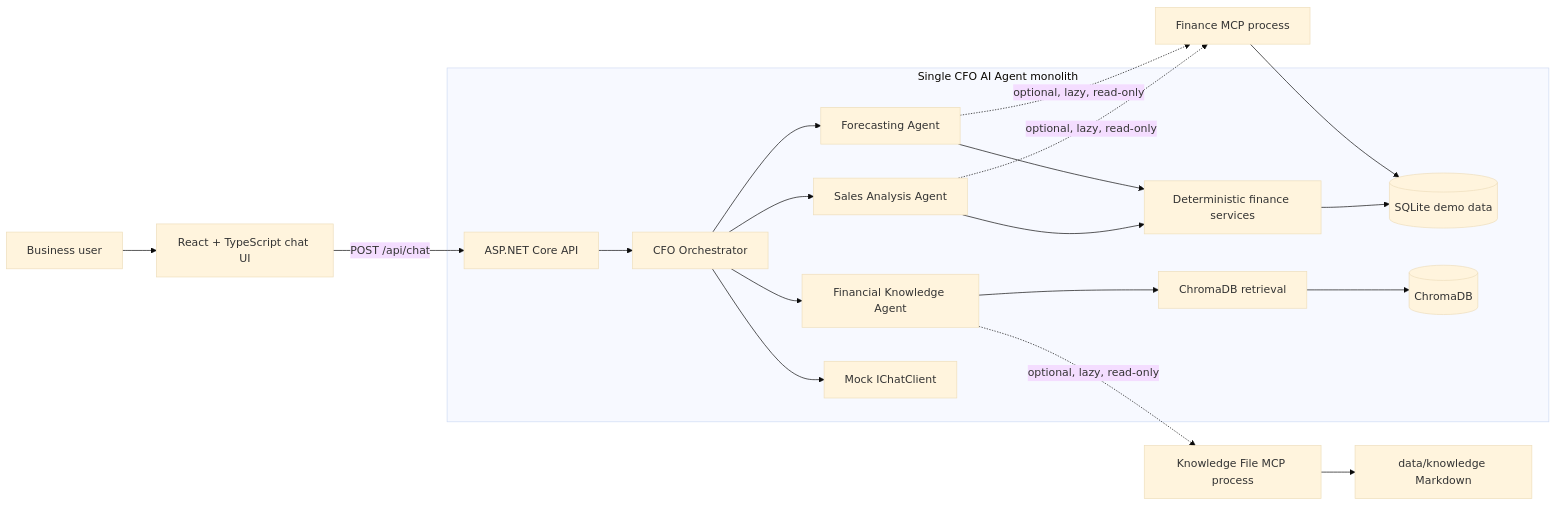
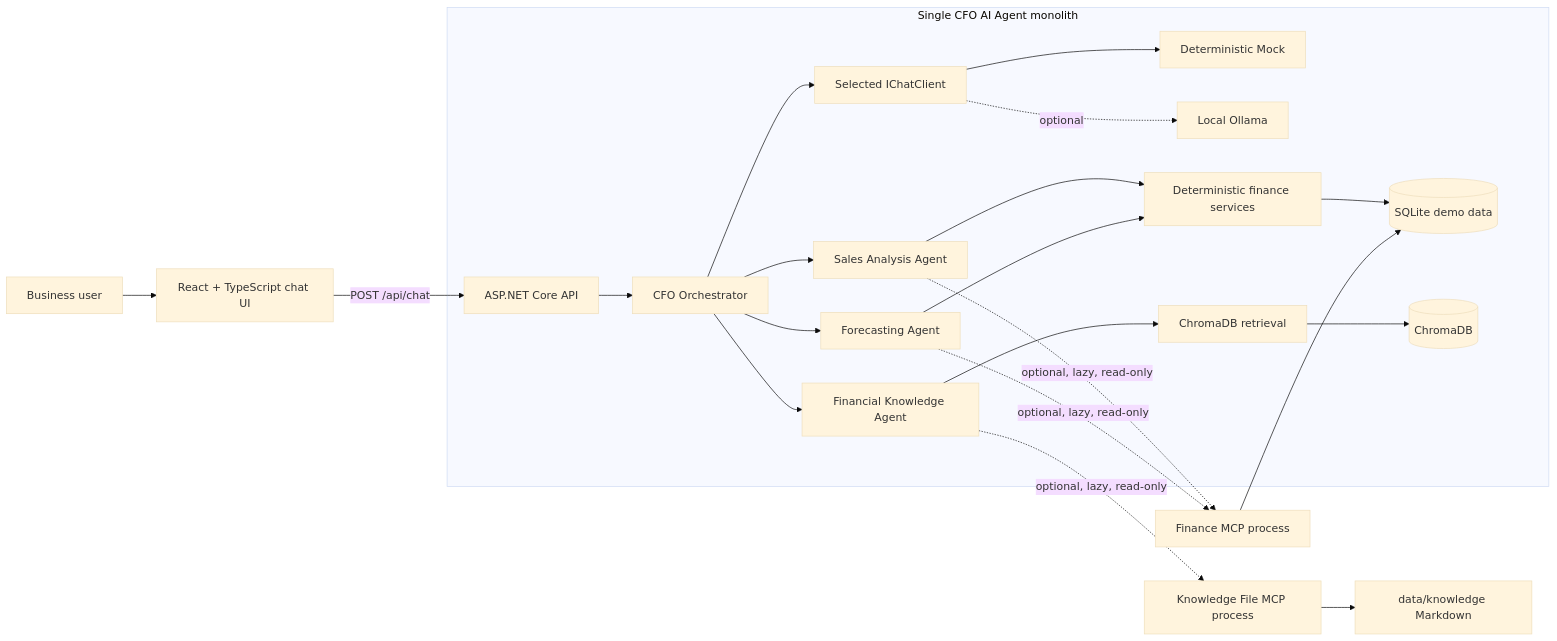
The diagram in README.md (prabodharandima/ai_agent_cfo), drawn with Mermaid (base theme) before and after one commit. The commit also changed other lines of this file and 23 other files, not shown here.

````diff
--- a/README.md
+++ b/README.md
@@ -19,24 +19,26 @@
 ```mermaid
 flowchart LR
     User[Business user] --> UI[React + TypeScript chat UI]
     UI -->|POST /api/chat| API[ASP.NET Core API]
 
     subgraph Monolith[Single CFO AI Agent monolith]
         API --> Orchestrator[CFO Orchestrator]
         Orchestrator --> Sales[Sales Analysis Agent]
         Orchestrator --> Forecast[Forecasting Agent]
         Orchestrator --> Knowledge[Financial Knowledge Agent]
-        Orchestrator --> Mock[Mock IChatClient]
+        Orchestrator --> ChatClient[Selected IChatClient]
+        ChatClient --> Mock[Deterministic Mock]
+        ChatClient -. optional .-> Ollama[Local Ollama]
         Sales --> Finance[Deterministic finance services]
         Forecast --> Finance
         Finance --> SQLite[(SQLite demo data)]
         Knowledge --> Retrieval[ChromaDB retrieval]
         Retrieval --> Chroma[(ChromaDB)]
     end
 
     Sales -. optional, lazy, read-only .-> FinanceMcp[Finance MCP process]
     Forecast -. optional, lazy, read-only .-> FinanceMcp
     Knowledge -. optional, lazy, read-only .-> KnowledgeMcp[Knowledge File MCP process]
     FinanceMcp --> SQLite
     KnowledgeMcp --> Files[data/knowledge Markdown]
 ```
````
